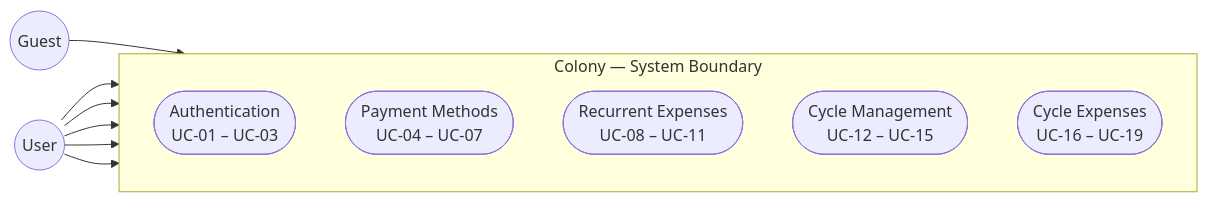
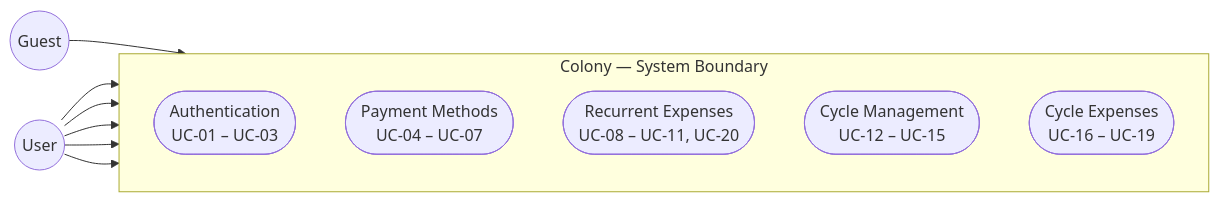
Before and after one commit to jcarranz97/colony: the first of 6 diagrams in docs/use-cases.md, drawn with Mermaid. The commit also changed other lines of this file and 13 other files, not shown here.

First line of the commit message:
feat: propagate recurrent expense updates to open cycle expenses (#70)

````diff
--- a/docs/use-cases.md
+++ b/docs/use-cases.md
@@ -53,21 +54,21 @@
 ```mermaid
 graph LR
     Guest((Guest))
     User((User))
 
     subgraph Colony["Colony — System Boundary"]
         direction TB
         Auth(["Authentication\nUC-01 – UC-03"])
         PM(["Payment Methods\nUC-04 – UC-07"])
-        ET(["Recurrent Expenses\nUC-08 – UC-11"])
+        ET(["Recurrent Expenses\nUC-08 – UC-11, UC-20"])
         CM(["Cycle Management\nUC-12 – UC-15"])
         CE(["Cycle Expenses\nUC-16 – UC-19"])
     end
 
     Guest --> Auth
     User --> Auth
     User --> PM
     User --> ET
     User --> CM
     User --> CE
 ```
````
